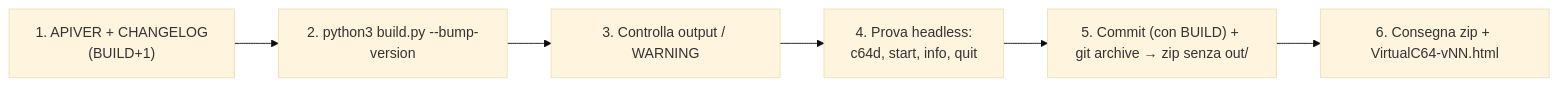
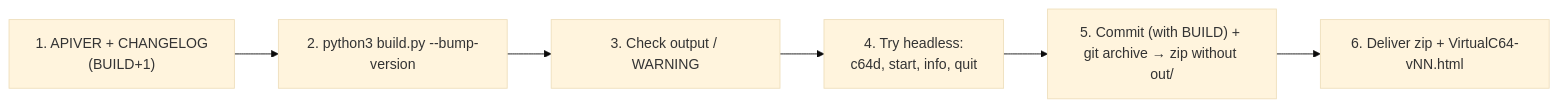
One commit to caporalesimone/barbarian-the-blood-path changed the second of 3 diagrams in toolchain/vc64web-custom/README.md. Above: the diagram before and after it, drawn with Mermaid (base theme). The commit also changed other lines of this file and 77 other files, not shown here.

````diff
--- a/toolchain/vc64web-custom/README.md
+++ b/toolchain/vc64web-custom/README.md
@@ -96,8 +96,8 @@
 ```mermaid
 flowchart LR
   R1["1. APIVER + CHANGELOG<br/>(BUILD+1)"] --> R2["2. python3 build.py --bump-version"]
-  R2 --> R3["3. Controlla output / WARNING"]
-  R3 --> R4["4. Prova headless:<br/>c64d, start, info, quit"]
-  R4 --> R5["5. Commit (con BUILD) + git archive → zip senza out/"]
-  R5 --> R6["6. Consegna zip + VirtualC64-vNN.html"]
+  R2 --> R3["3. Check output / WARNING"]
+  R3 --> R4["4. Try headless:<br/>c64d, start, info, quit"]
+  R4 --> R5["5. Commit (with BUILD) + git archive → zip without out/"]
+  R5 --> R6["6. Deliver zip + VirtualC64-vNN.html"]
 ```
````
